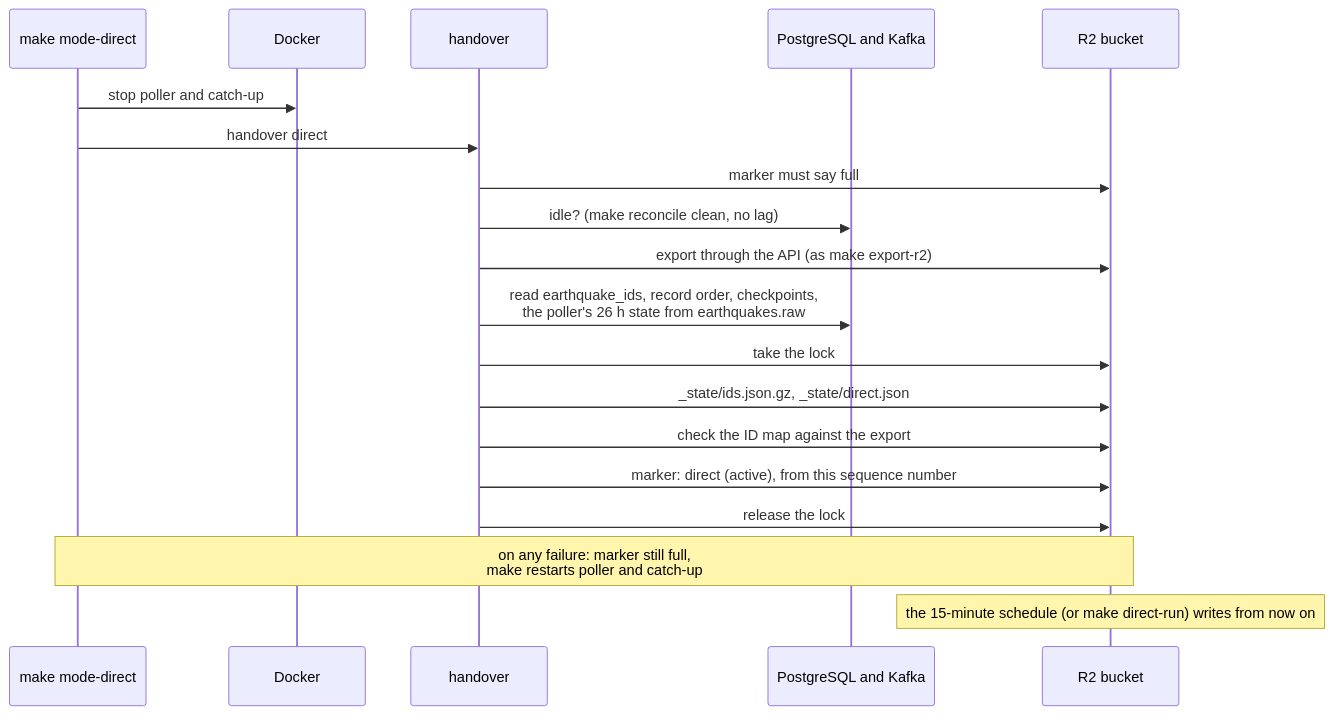
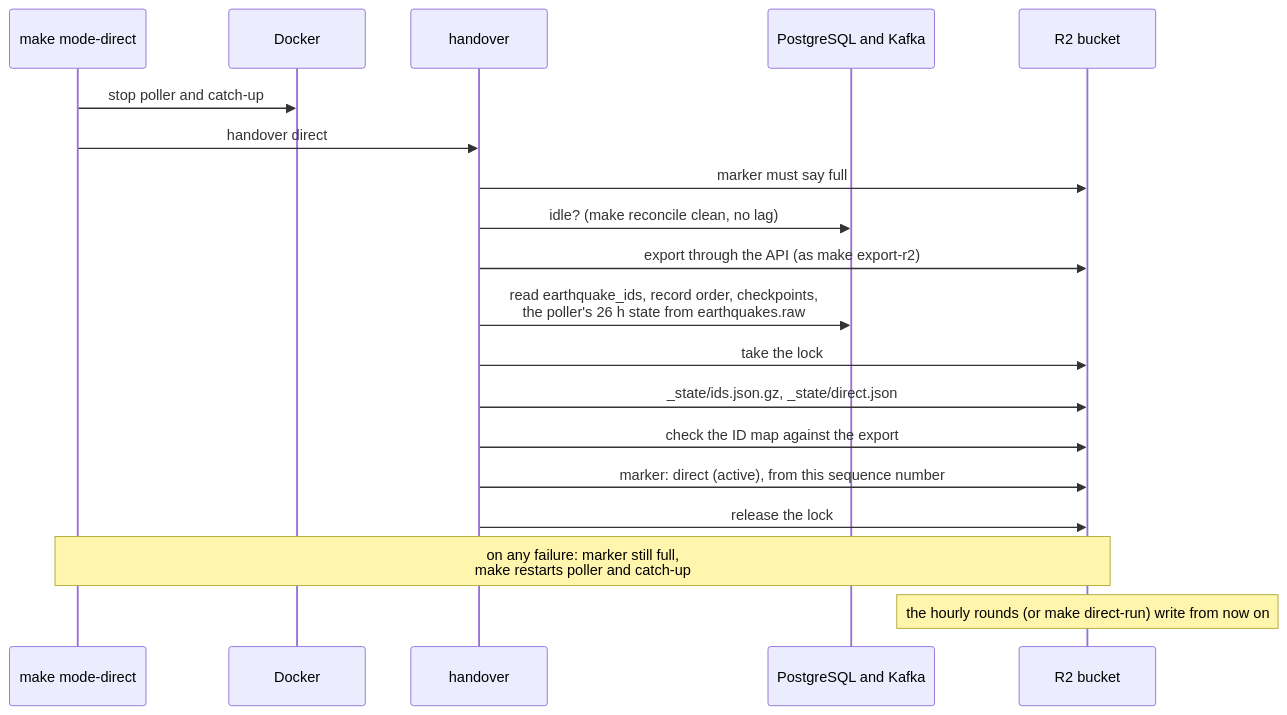
One commit to dienarvaez1/earth-hub changed the fifth of 8 diagrams in docs/technical/architecture.md. Above: the diagram before and after it, drawn with Mermaid. The commit also changed other lines of this file and 23 other files, not shown here.

First line of the commit message:
feat: start direct rounds hourly from a Cloudflare cron trigger (DEF-052) (#40)

````diff
--- a/docs/technical/architecture.md
+++ b/docs/technical/architecture.md
@@ -259,21 +259,21 @@
 ```mermaid
 sequenceDiagram
     participant M as make mode-direct
     participant D as Docker
     participant H as handover
     participant P as PostgreSQL and Kafka
     participant R as R2 bucket
     M->>D: stop poller and catch-up
     M->>H: handover direct
     H->>R: marker must say full
     H->>P: idle? (make reconcile clean, no lag)
     H->>R: export through the API (as make export-r2)
     H->>P: read earthquake_ids, record order, checkpoints,<br/>the poller's 26 h state from earthquakes.raw
     H->>R: take the lock
     H->>R: _state/ids.json.gz, _state/direct.json
     H->>R: check the ID map against the export
     H->>R: marker: direct (active), from this sequence number
     H->>R: release the lock
     Note over M,R: on any failure: marker still full,<br/>make restarts poller and catch-up
-    Note over R: the 15-minute schedule (or make direct-run) writes from now on
+    Note over R: the hourly rounds (or make direct-run) write from now on
 ```
````
